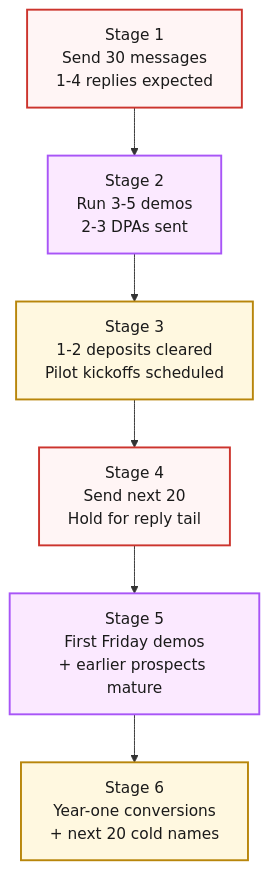
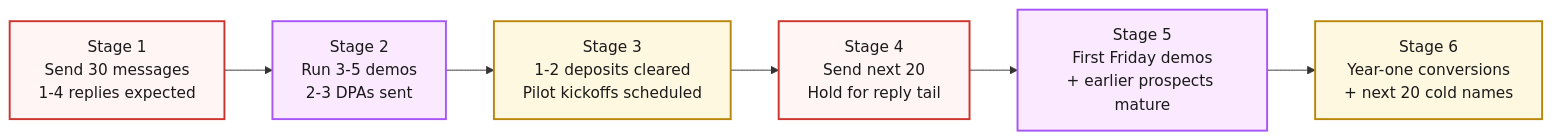
One commit to jetthoughts/jetthoughts.github.io changed the diagram in content/course/tech-for-non-technical-founders-2026/outbound-without-sales-team/index.md. Above: the diagram before and after it, drawn with Mermaid. The commit also changed other lines of this file and 7 other files, not shown here.

First line of the commit message:
fix(course): Sprint B media/typography - TL;DR accent, de-stacks, M1 visuals, 5.7 mermaid

````diff
--- a/content/course/tech-for-non-technical-founders-2026/outbound-without-sales-team/index.md
+++ b/content/course/tech-for-non-technical-founders-2026/outbound-without-sales-team/index.md
@@ -196,17 +196,17 @@
 ```mermaid
 %%{init: {'theme':'base', 'themeVariables': {'fontFamily':'Caveat, Patrick Hand, cursive', 'primaryColor':'#fff5f5', 'primaryBorderColor':'#cc342d', 'lineColor':'#333', 'primaryTextColor':'#1a1a1a'}}}%%
-flowchart TB
+flowchart LR
     W1[Stage 1<br/>Send 30 messages<br/>1-4 replies expected]
     W2[Stage 2<br/>Run 3-5 demos<br/>2-3 DPAs sent]
     W3[Stage 3<br/>1-2 deposits cleared<br/>Pilot kickoffs scheduled]
     W4[Stage 4<br/>Send next 20<br/>Hold for reply tail]
     W5[Stage 5<br/>First Friday demos<br/>+ earlier prospects mature]
     W7[Stage 6<br/>Year-one conversions<br/>+ next 20 cold names]
     W1 --> W2 --> W3 --> W4 --> W5 --> W7
     classDef coldweek fill:#fff5f5,stroke:#cc342d,stroke-width:2px;
     classDef warmweek fill:#fbe9ff,stroke:#a855f7,stroke-width:2px;
     classDef conv fill:#fff8e0,stroke:#b8860b,stroke-width:2px;
     class W1,W4 coldweek;
     class W2,W5 warmweek;
     class W3,W7 conv;
 ```
````
